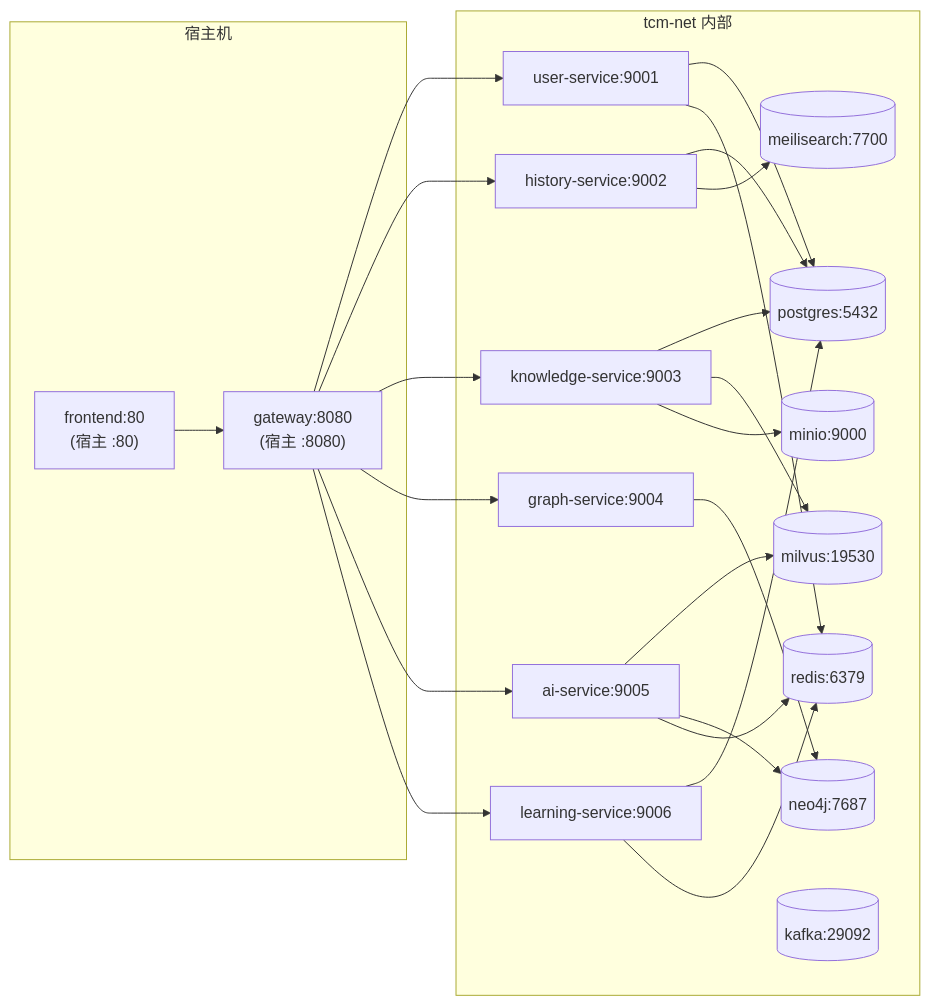
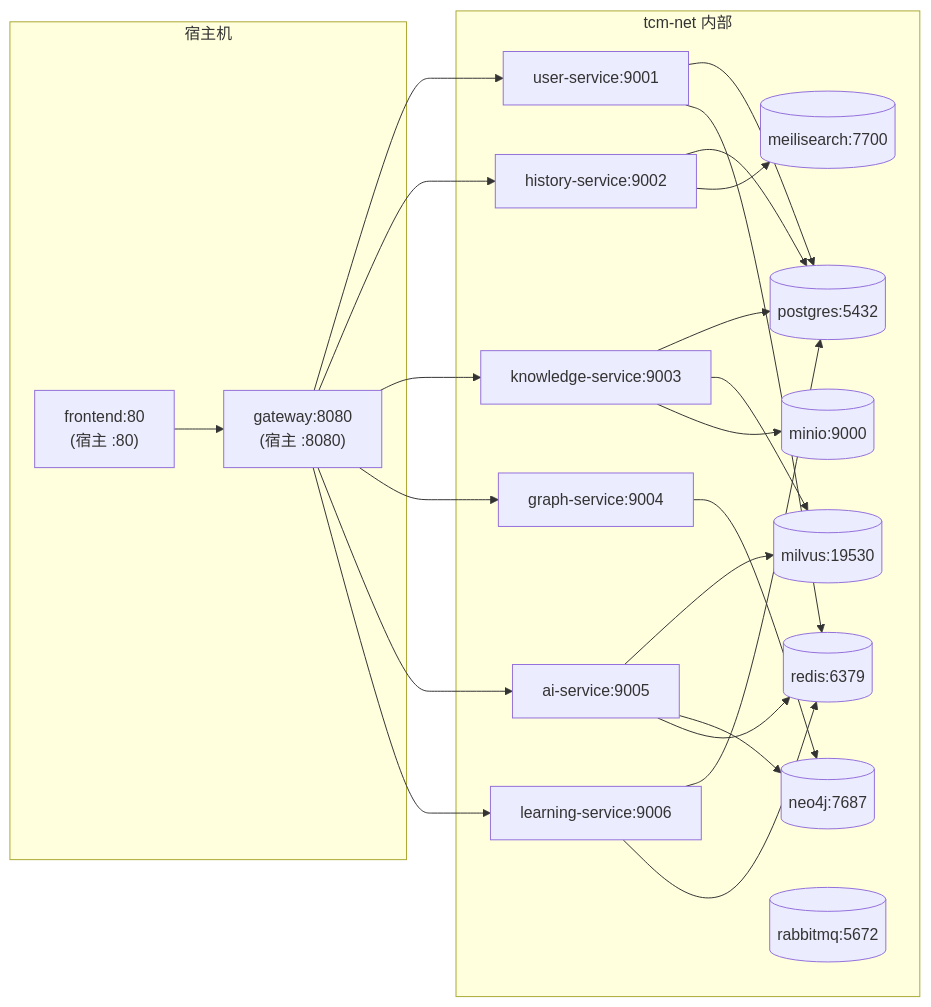
One commit to zhangzhenling/TCM-History-AI changed the first of 2 diagrams in 15-Docker部署.md. Above: the diagram before and after it, drawn with Mermaid. The commit also changed other lines of this file and 8 other files, not shown here.

````diff
--- a/15-Docker部署.md
+++ b/15-Docker部署.md
@@ -604,30 +579,30 @@
 ```mermaid
 graph LR
     subgraph 宿主机
         FE["frontend:80<br/>(宿主 :80)"]
         GW["gateway:8080<br/>(宿主 :8080)"]
     end
     subgraph tcm-net 内部
         US[user-service:9001]
         HS[history-service:9002]
         KS[knowledge-service:9003]
         GS[graph-service:9004]
         AIS[ai-service:9005]
         LS[learning-service:9006]
         PG[(postgres:5432)]
         RD[(redis:6379)]
         NEO[(neo4j:7687)]
         MIL[(milvus:19530)]
         MIN[(minio:9000)]
         MEI[(meilisearch:7700)]
-        KF[(kafka:29092)]
+        KF[(rabbitmq:5672)]
     end
     FE --> GW
     GW --> US & HS & KS & GS & AIS & LS
     US --> PG & RD
     HS --> PG & MEI
     KS --> PG & MIL & MIN
     GS --> NEO
     AIS --> MIL & NEO & RD
     LS --> PG & RD
 ```
````
